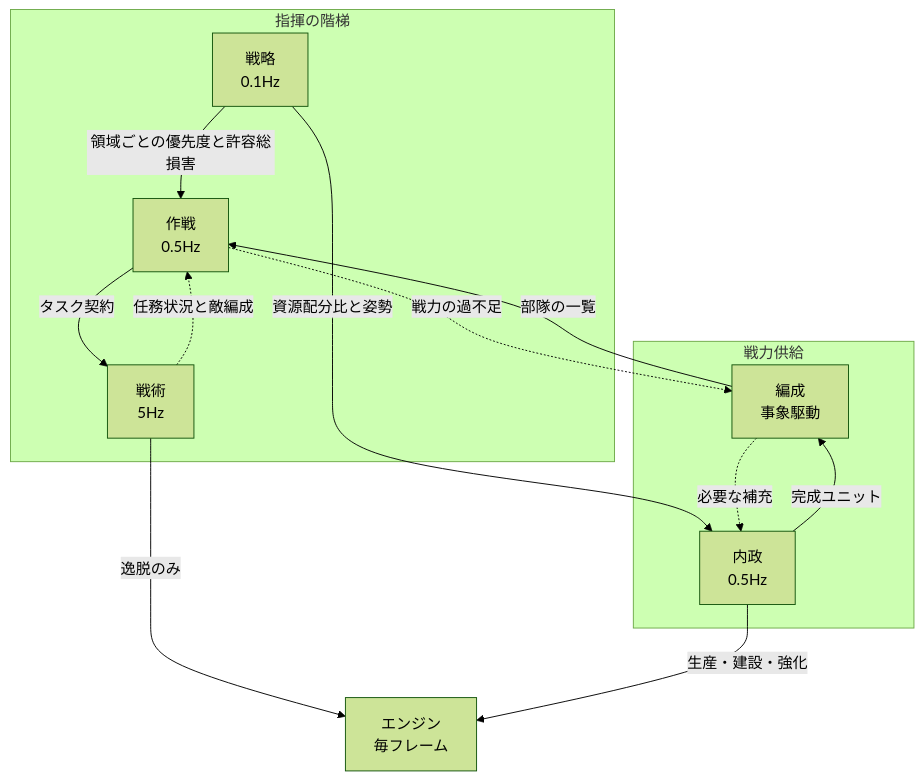
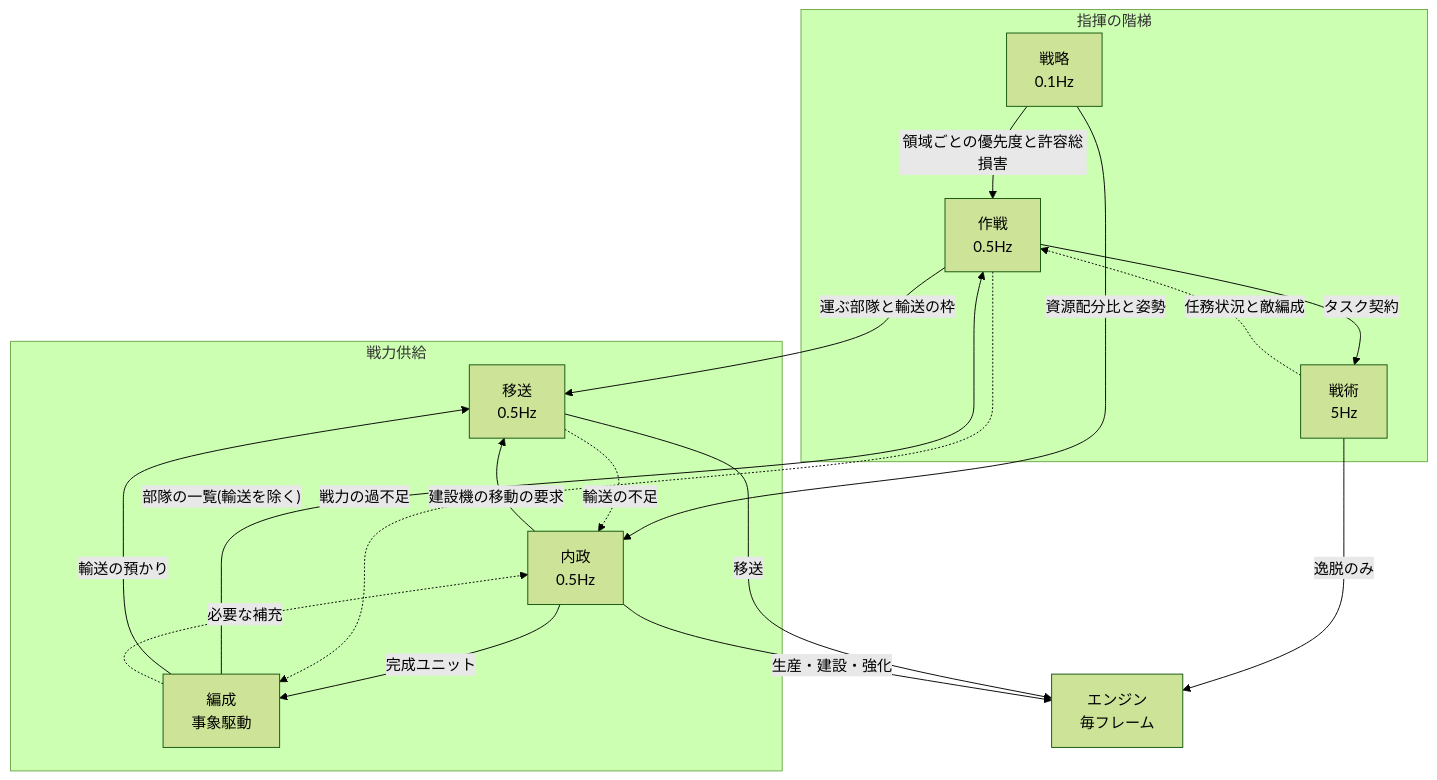
The diagram in docs/project/04-model-design.md (h4ribote/RW-Intel), drawn with Mermaid (forest theme) before and after one commit. The commit also changed other lines of this file and 174 other files, not shown here.

````diff
--- a/docs/project/04-model-design.md
+++ b/docs/project/04-model-design.md
@@ -57,23 +60,29 @@
 ```mermaid
 flowchart TD
     subgraph chain["指揮の階梯"]
         strat["戦略<br/>0.1Hz"]
         ops["作戦<br/>0.5Hz"]
         tac["戦術<br/>5Hz"]
     end
     subgraph supply["戦力供給"]
         econ["内政<br/>0.5Hz"]
         org["編成<br/>事象駆動"]
+        lift["移送<br/>0.5Hz"]
     end
     engine["エンジン<br/>毎フレーム"]
     strat -->|"領域ごとの優先度と許容総損害"| ops
     ops -->|"タスク契約"| tac
     strat -->|"資源配分比と姿勢"| econ
     econ -->|"完成ユニット"| org
-    org -->|"部隊の一覧"| ops
+    org -->|"部隊の一覧(輸送を除く)"| ops
+    org -->|"輸送の預かり"| lift
+    ops -->|"運ぶ部隊と輸送の枠"| lift
+    econ -->|"建設機の移動の要求"| lift
+    lift -->|"移送"| engine
     tac -->|"逸脱のみ"| engine
     econ -->|"生産・建設・強化"| engine
     tac -.->|"任務状況と敵編成"| ops
     ops -.->|"戦力の過不足"| org
     org -.->|"必要な補充"| econ
+    lift -.->|"輸送の不足"| econ
 ```
````
